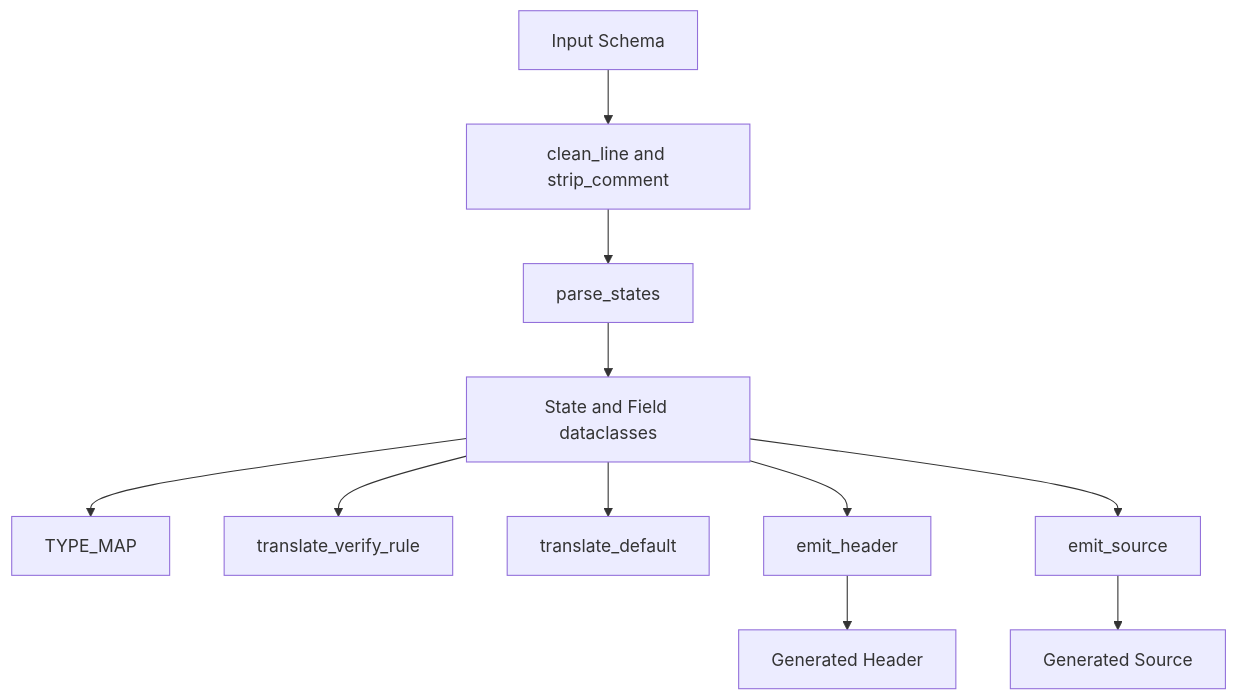
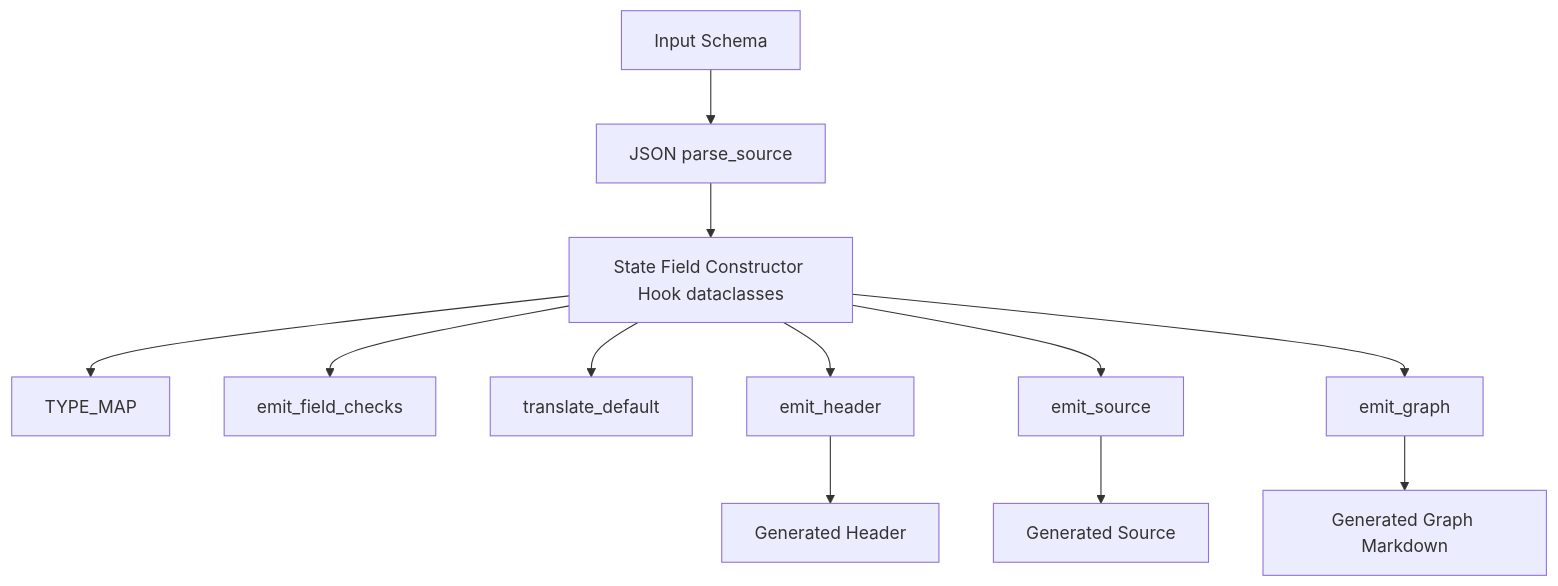
Before and after one commit to knstt/kek: the first of 2 diagrams in doc/generator/architecture.md, drawn with Mermaid. The commit also changed other lines of this file and 13 other files, not shown here.

````diff
--- a/doc/generator/architecture.md
+++ b/doc/generator/architecture.md
@@ -13,25 +13,27 @@
 ```mermaid
 flowchart TB
     Input[Input Schema]
-    Cleaner[clean_line and strip_comment]
-    Parser[parse_states]
-    StateModel[State and Field dataclasses]
+    Parser[JSON parse_source]
+    StateModel[State Field Constructor Hook dataclasses]
     TypeMap[TYPE_MAP]
-    VerifyTranslator[translate_verify_rule]
+    ConstraintEmitter[emit_field_checks]
     DefaultTranslator[translate_default]
     HeaderEmitter[emit_header]
     SourceEmitter[emit_source]
+    GraphEmitter[emit_graph]
     Header[Generated Header]
     Source[Generated Source]
+    Graph[Generated Graph Markdown]
 
-    Input --> Cleaner
-    Cleaner --> Parser
+    Input --> Parser
     Parser --> StateModel
     StateModel --> TypeMap
-    StateModel --> VerifyTranslator
+    StateModel --> ConstraintEmitter
     StateModel --> DefaultTranslator
     StateModel --> HeaderEmitter
     StateModel --> SourceEmitter
+    StateModel --> GraphEmitter
     HeaderEmitter --> Header
     SourceEmitter --> Source
+    GraphEmitter --> Graph
 ```
````
